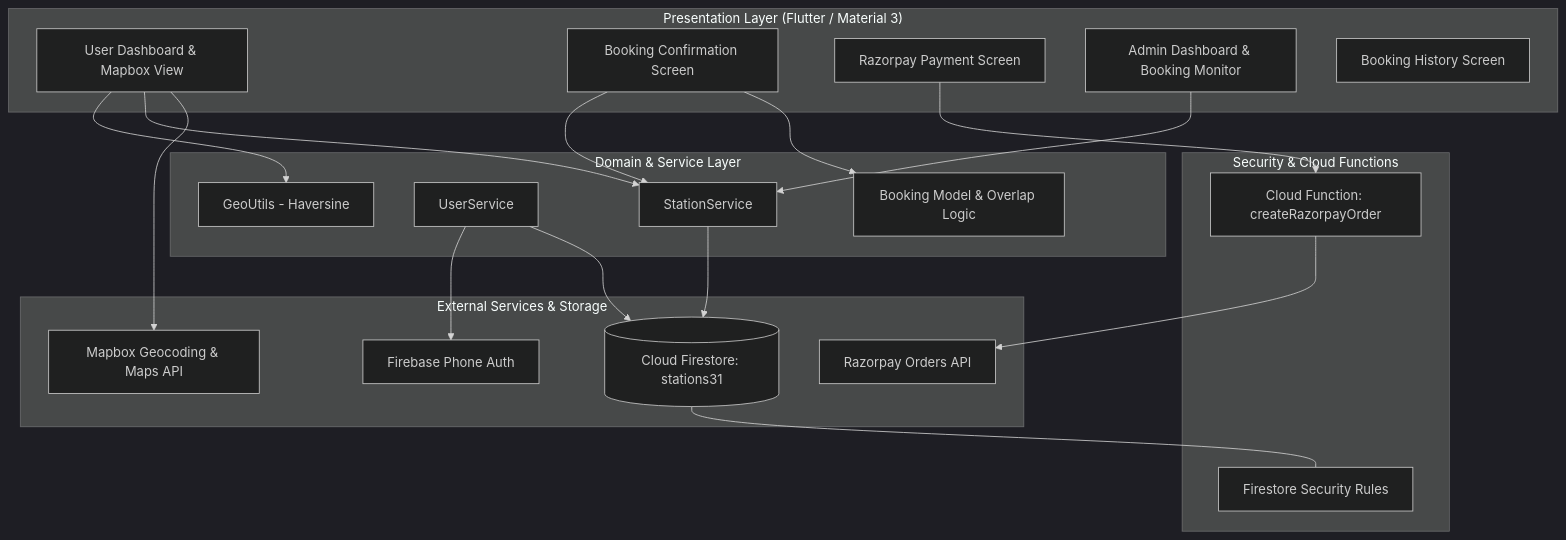
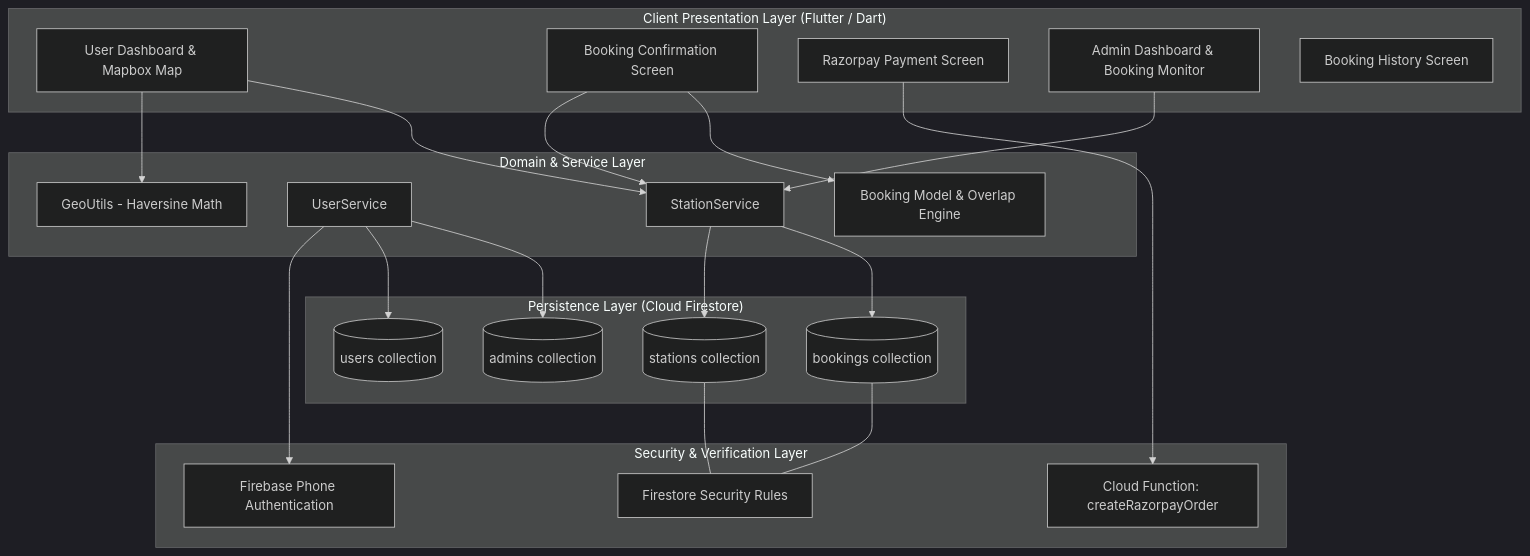
Before and after one commit to AbdulFahad31/AmpTrail: the first of 2 diagrams in README.md, drawn with Mermaid (dark theme). The commit also changed other lines of this file, not shown here.

Commit message:
docs: enhance README with platform showcase banner and interface architecture flow

````diff
--- a/README.md
+++ b/README.md
@@ -37,43 +55,46 @@
 ```mermaid
 graph TD
-    subgraph Presentation ["Presentation Layer (Flutter / Material 3)"]
-        UD[User Dashboard & Mapbox View]
+    subgraph Client ["Client Presentation Layer (Flutter / Dart)"]
+        UD[User Dashboard & Mapbox Map]
         BCS[Booking Confirmation Screen]
         PS[Razorpay Payment Screen]
         AD[Admin Dashboard & Booking Monitor]
         HS[Booking History Screen]
     end
 
     subgraph Domain ["Domain & Service Layer"]
         SS[StationService]
         US[UserService]
-        GU[GeoUtils - Haversine]
-        BM[Booking Model & Overlap Logic]
+        GU[GeoUtils - Haversine Math]
+        BM[Booking Model & Overlap Engine]
     end
 
-    subgraph Security ["Security & Cloud Functions"]
+    subgraph Security ["Security & Verification Layer"]
         CF[Cloud Function: createRazorpayOrder]
-        SEC[Firestore Security Rules]
+        SR[Firestore Security Rules]
+        FAuth[Firebase Phone Authentication]
     end
 
-    subgraph Data ["External Services & Storage"]
-        FS[(Cloud Firestore: stations31)]
-        FAuth[Firebase Phone Auth]
-        MB[Mapbox Geocoding & Maps API]
-        RZ[Razorpay Orders API]
+    subgraph Persistence ["Persistence Layer (Cloud Firestore)"]
+        FS_STATIONS[(stations collection)]
+        FS_BOOKINGS[(bookings collection)]
+        FS_USERS[(users collection)]
+        FS_ADMINS[(admins collection)]
     end
 
     UD --> GU
     UD --> SS
     BCS --> SS
     BCS --> BM
     AD --> SS
     PS --> CF
-    CF --> RZ
+    US --> FAuth
 
-    SS --> FS
-    US --> FAuth
-    US --> FS
-    UD --> MB
-    FS --- SEC
+    SS --> FS_STATIONS
+    SS --> FS_BOOKINGS
+    US --> FS_USERS
+    US --> FS_ADMINS
+
+    FS_BOOKINGS --- SR
+    FS_STATIONS --- SR
 ```
````
